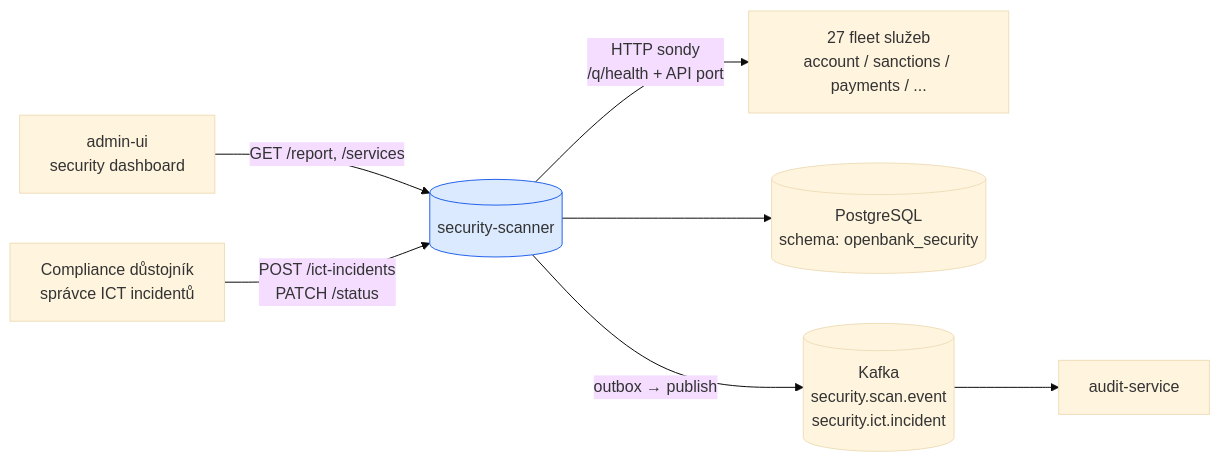
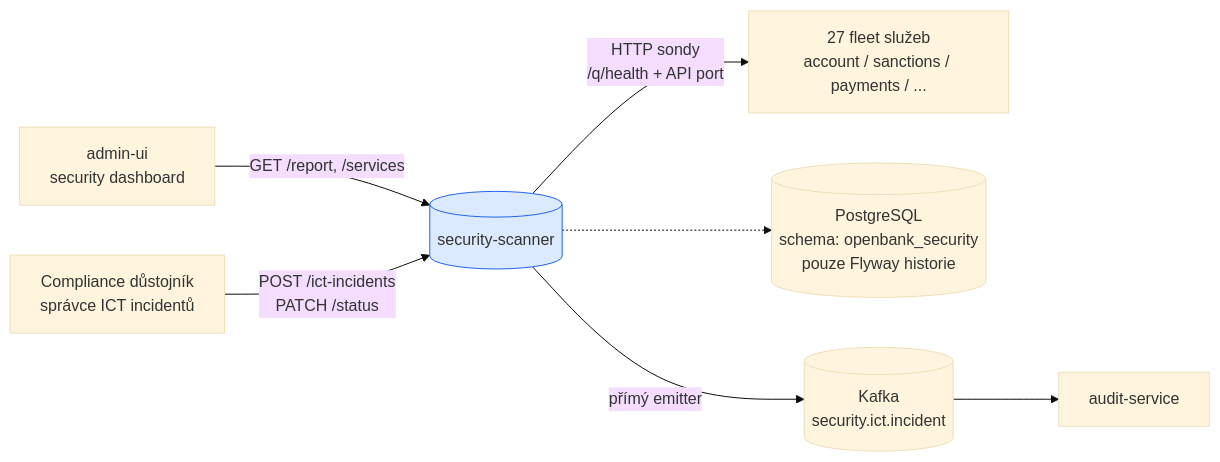
Before and after one commit to JiRaska/open-bank-oss: the first of 2 diagrams in openbank-security-scanner/src/main/resources/docs/02-architecture.cs.md, drawn with Mermaid (base theme). The commit also changed other lines of this file and 28 other files, not shown here.

````diff
--- a/openbank-security-scanner/src/main/resources/docs/02-architecture.cs.md
+++ b/openbank-security-scanner/src/main/resources/docs/02-architecture.cs.md
@@ -5,20 +5,20 @@
 ```mermaid
 graph LR
   admin[admin-ui<br/>security dashboard]
   ops[Compliance důstojník<br/>správce ICT incidentů]
   audit[audit-service]
   fleet[27 fleet služeb<br/>account / sanctions / payments / ...]
 
   scanner[(security-scanner)]:::svc
-  db[(PostgreSQL<br/>schema: openbank_security)]
-  kafka[(Kafka<br/>security.scan.event<br/>security.ict.incident)]
+  db[(PostgreSQL<br/>schema: openbank_security<br/>pouze Flyway historie)]
+  kafka[(Kafka<br/>security.ict.incident)]
 
   admin -- "GET /report, /services" --> scanner
   ops -- "POST /ict-incidents<br/>PATCH /status" --> scanner
   scanner -- "HTTP sondy<br/>/q/health + API port" --> fleet
-  scanner --> db
-  scanner -- "outbox → publish" --> kafka
+  scanner -.-> db
+  scanner -- "přímý emitter" --> kafka
   kafka --> audit
 
   classDef svc fill:#dbeafe,stroke:#2563eb
 ```
````
